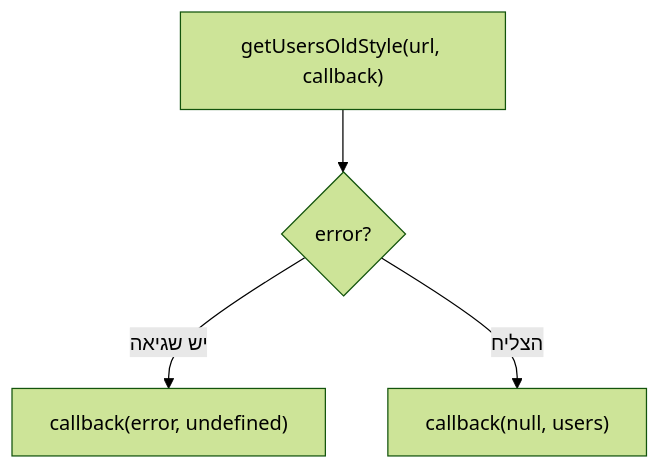
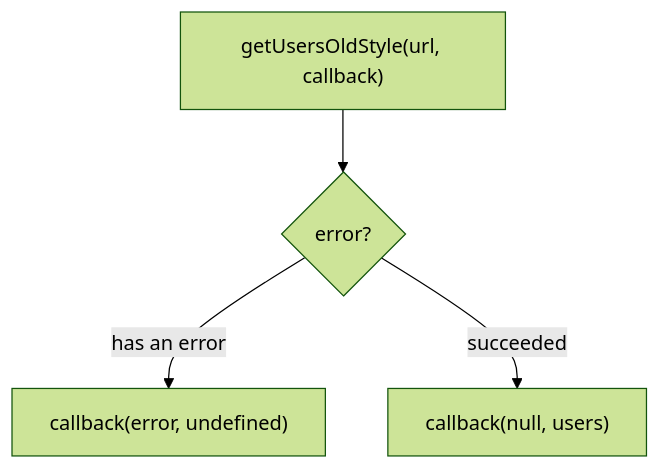
One commit to neriyaMalachi/FullStack_kodkode_5 changed the diagram in content/docs/javascript/21-js-callbacks-content.md. Above: the diagram before and after it, drawn with Mermaid (forest theme). The commit also changed other lines of this file and 117 other files, not shown here.

````diff
--- a/content/docs/javascript/21-js-callbacks-content.md
+++ b/content/docs/javascript/21-js-callbacks-content.md
@@ -53,6 +53,6 @@
 ```mermaid
 flowchart TD
     A["getUsersOldStyle(url, callback)"] --> B{"error?"}
-    B -->|"יש שגיאה"| C["callback(error, undefined)"]
-    B -->|"הצליח"| D["callback(null, users)"]
+    B -->|"has an error"| C["callback(error, undefined)"]
+    B -->|"succeeded"| D["callback(null, users)"]
 ```
````
